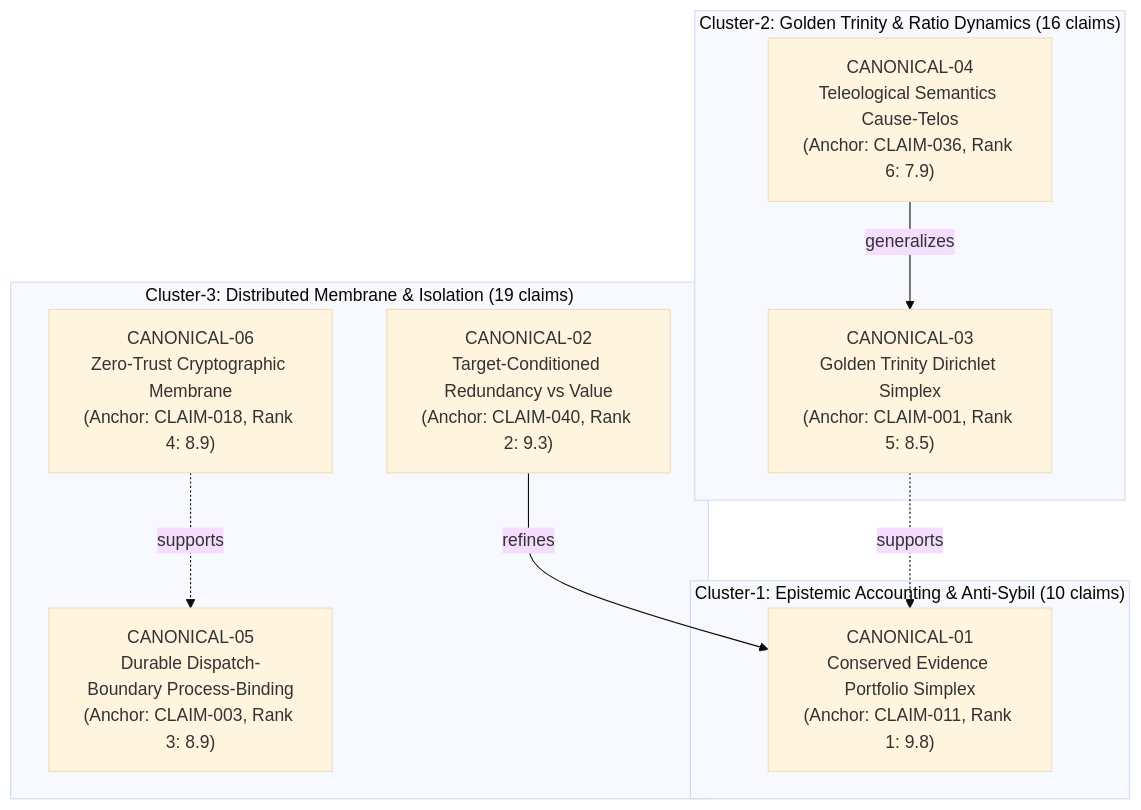
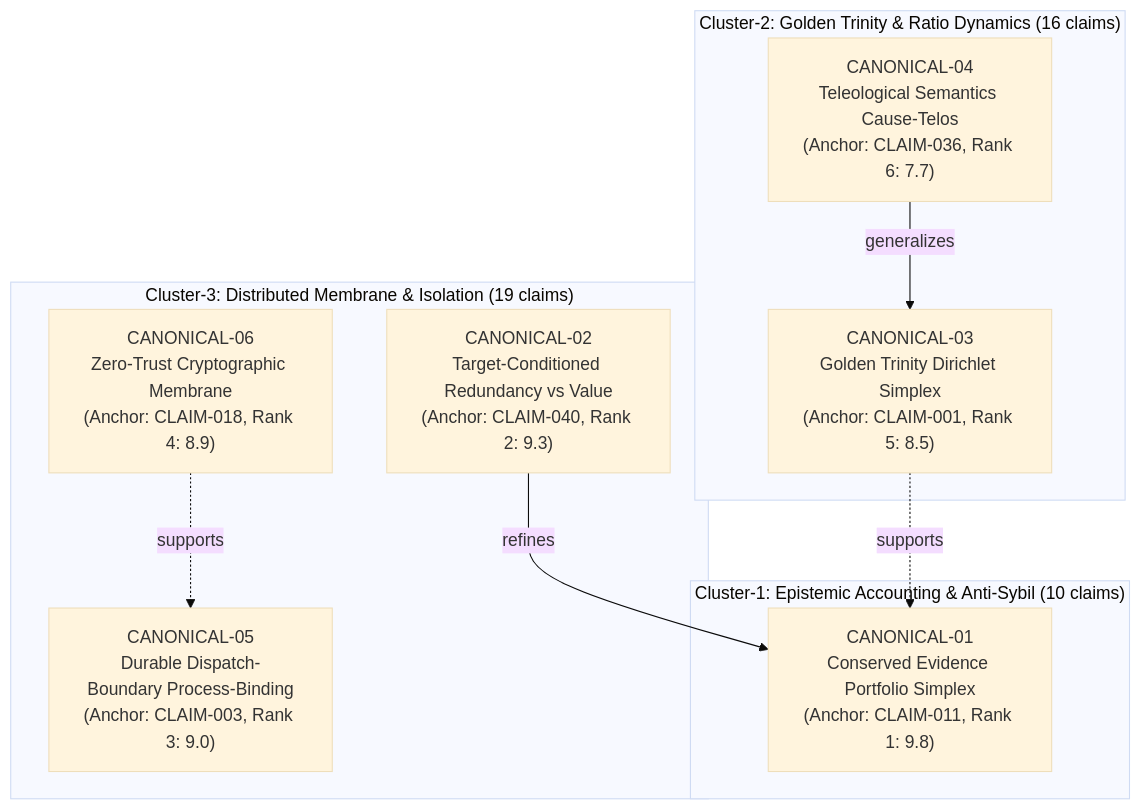
Before and after one commit to pashamango/minutta-rp-pr-cycle-lab: the diagram in research/invariant-graph/CLAIM_GRAPH.md, drawn with Mermaid (base theme). The commit also changed 6 other files, not shown here.

Commit message:
fix(invariant-graph): resolve MIN-18 QA rework v3 with bidirectional IDEIR rubric, field-specific fixtures, and bounded supermartingale criteria

````diff
--- a/research/invariant-graph/CLAIM_GRAPH.md
+++ b/research/invariant-graph/CLAIM_GRAPH.md
@@ -50,21 +50,21 @@
 ```mermaid
 graph TD
     subgraph Cluster1["Cluster-1: Epistemic Accounting & Anti-Sybil (10 claims)"]
         C01["CANONICAL-01<br/>Conserved Evidence Portfolio Simplex<br/>(Anchor: CLAIM-011, Rank 1: 9.8)"]
     end
 
     subgraph Cluster2["Cluster-2: Golden Trinity & Ratio Dynamics (16 claims)"]
         C03["CANONICAL-03<br/>Golden Trinity Dirichlet Simplex<br/>(Anchor: CLAIM-001, Rank 5: 8.5)"]
-        C04["CANONICAL-04<br/>Teleological Semantics Cause-Telos<br/>(Anchor: CLAIM-036, Rank 6: 7.9)"]
+        C04["CANONICAL-04<br/>Teleological Semantics Cause-Telos<br/>(Anchor: CLAIM-036, Rank 6: 7.7)"]
         C04 -->|generalizes| C03
         C03 -.->|supports| C01
     end
 
     subgraph Cluster3["Cluster-3: Distributed Membrane & Isolation (19 claims)"]
         C02["CANONICAL-02<br/>Target-Conditioned Redundancy vs Value<br/>(Anchor: CLAIM-040, Rank 2: 9.3)"]
-        C05["CANONICAL-05<br/>Durable Dispatch-Boundary Process-Binding<br/>(Anchor: CLAIM-003, Rank 3: 8.9)"]
+        C05["CANONICAL-05<br/>Durable Dispatch-Boundary Process-Binding<br/>(Anchor: CLAIM-003, Rank 3: 9.0)"]
         C06["CANONICAL-06<br/>Zero-Trust Cryptographic Membrane<br/>(Anchor: CLAIM-018, Rank 4: 8.9)"]
         C02 -->|refines| C01
         C06 -.->|supports| C05
     end
 ```
````
